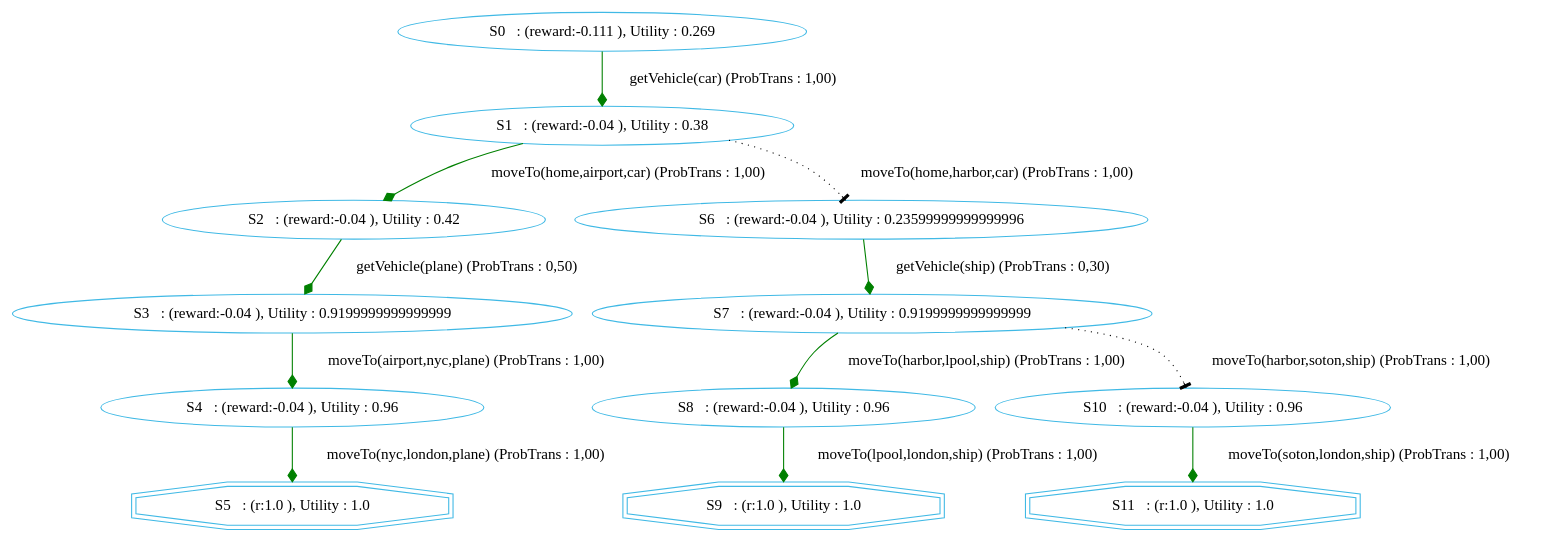
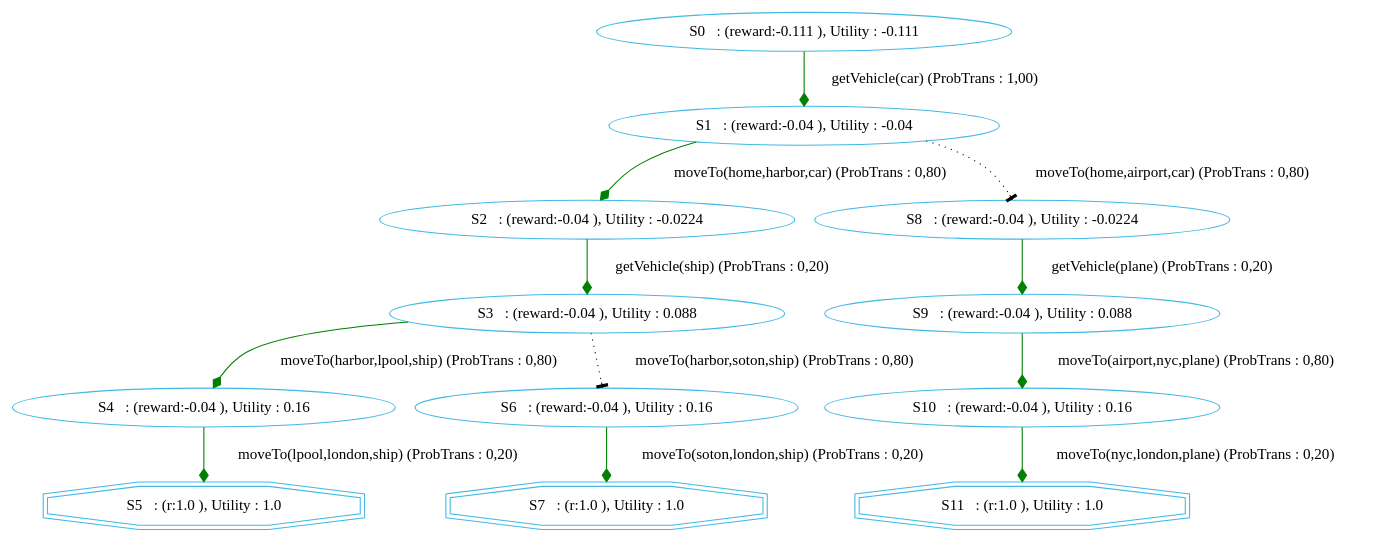
The diagram in chimp/src/main/java/examples/MDP/gotolondon/gotolondonGraphVICHIMP.dot (htiraHatem/CHIMP_MDP), drawn with Graphviz before and after one commit. The commit also changed 21 other files, not shown here.

```diff
--- a/chimp/src/main/java/examples/MDP/gotolondon/gotolondonGraphVICHIMP.dot
+++ b/chimp/src/main/java/examples/MDP/gotolondon/gotolondonGraphVICHIMP.dot
@@ -1,27 +1,27 @@
 digraph {
   node [color="#40b9e5" ]
  size="60,17";
 "5" [label=" S5   : (r:1.0 ), Utility : 1.0 " shape=doubleoctagon];
-"9" [label=" S9   : (r:1.0 ), Utility : 1.0 " shape=doubleoctagon];
+"7" [label=" S7   : (r:1.0 ), Utility : 1.0 " shape=doubleoctagon];
 "11" [label=" S11   : (r:1.0 ), Utility : 1.0 " shape=doubleoctagon];
-"0" [label=" S0   : (reward:-0.111 ), Utility : 0.269 "];
-"1" [label=" S1   : (reward:-0.04 ), Utility : 0.38 "];
-"2" [label=" S2   : (reward:-0.04 ), Utility : 0.42 "];
-"3" [label=" S3   : (reward:-0.04 ), Utility : 0.9199999999999999 "];
-"4" [label=" S4   : (reward:-0.04 ), Utility : 0.96 "];
-"6" [label=" S6   : (reward:-0.04 ), Utility : 0.23599999999999996 "];
-"7" [label=" S7   : (reward:-0.04 ), Utility : 0.9199999999999999 "];
-"8" [label=" S8   : (reward:-0.04 ), Utility : 0.96 "];
-"10" [label=" S10   : (reward:-0.04 ), Utility : 0.96 "];
+"0" [label=" S0   : (reward:-0.111 ), Utility : -0.111 "];
+"1" [label=" S1   : (reward:-0.04 ), Utility : -0.04 "];
+"2" [label=" S2   : (reward:-0.04 ), Utility : -0.0224 "];
+"3" [label=" S3   : (reward:-0.04 ), Utility : 0.088 "];
+"4" [label=" S4   : (reward:-0.04 ), Utility : 0.16 "];
+"6" [label=" S6   : (reward:-0.04 ), Utility : 0.16 "];
+"8" [label=" S8   : (reward:-0.04 ), Utility : -0.0224 "];
+"9" [label=" S9   : (reward:-0.04 ), Utility : 0.088 "];
+"10" [label=" S10   : (reward:-0.04 ), Utility : 0.16 "];
 "0" -> "1" [ label="getVehicle(car) (ProbTrans : 1,00)"
-, arrowhead = diamond , color=green];"1" -> "2" [ label="moveTo(home,airport,car) (ProbTrans : 1,00)"
-, arrowhead = diamond , color=green];"1" -> "6" [ label="moveTo(home,harbor,car) (ProbTrans : 1,00)"
-,style=dotted, arrowhead=tee];"2" -> "3" [ label="getVehicle(plane) (ProbTrans : 0,50)"
-, arrowhead = diamond , color=green];"3" -> "4" [ label="moveTo(airport,nyc,plane) (ProbTrans : 1,00)"
-, arrowhead = diamond , color=green];"4" -> "5" [ label="moveTo(nyc,london,plane) (ProbTrans : 1,00)"
-, arrowhead = diamond , color=green];"6" -> "7" [ label="getVehicle(ship) (ProbTrans : 0,30)"
-, arrowhead = diamond , color=green];"7" -> "8" [ label="moveTo(harbor,lpool,ship) (ProbTrans : 1,00)"
-, arrowhead = diamond , color=green];"7" -> "10" [ label="moveTo(harbor,soton,ship) (ProbTrans : 1,00)"
-,style=dotted, arrowhead=tee];"8" -> "9" [ label="moveTo(lpool,london,ship) (ProbTrans : 1,00)"
-, arrowhead = diamond , color=green];"10" -> "11" [ label="moveTo(soton,london,ship) (ProbTrans : 1,00)"
+, arrowhead = diamond , color=green];"1" -> "2" [ label="moveTo(home,harbor,car) (ProbTrans : 0,80)"
+, arrowhead = diamond , color=green];"1" -> "8" [ label="moveTo(home,airport,car) (ProbTrans : 0,80)"
+,style=dotted, arrowhead=tee];"2" -> "3" [ label="getVehicle(ship) (ProbTrans : 0,20)"
+, arrowhead = diamond , color=green];"3" -> "4" [ label="moveTo(harbor,lpool,ship) (ProbTrans : 0,80)"
+, arrowhead = diamond , color=green];"3" -> "6" [ label="moveTo(harbor,soton,ship) (ProbTrans : 0,80)"
+,style=dotted, arrowhead=tee];"4" -> "5" [ label="moveTo(lpool,london,ship) (ProbTrans : 0,20)"
+, arrowhead = diamond , color=green];"6" -> "7" [ label="moveTo(soton,london,ship) (ProbTrans : 0,20)"
+, arrowhead = diamond , color=green];"8" -> "9" [ label="getVehicle(plane) (ProbTrans : 0,20)"
+, arrowhead = diamond , color=green];"9" -> "10" [ label="moveTo(airport,nyc,plane) (ProbTrans : 0,80)"
+, arrowhead = diamond , color=green];"10" -> "11" [ label="moveTo(nyc,london,plane) (ProbTrans : 0,20)"
 , arrowhead = diamond , color=green];}
```
